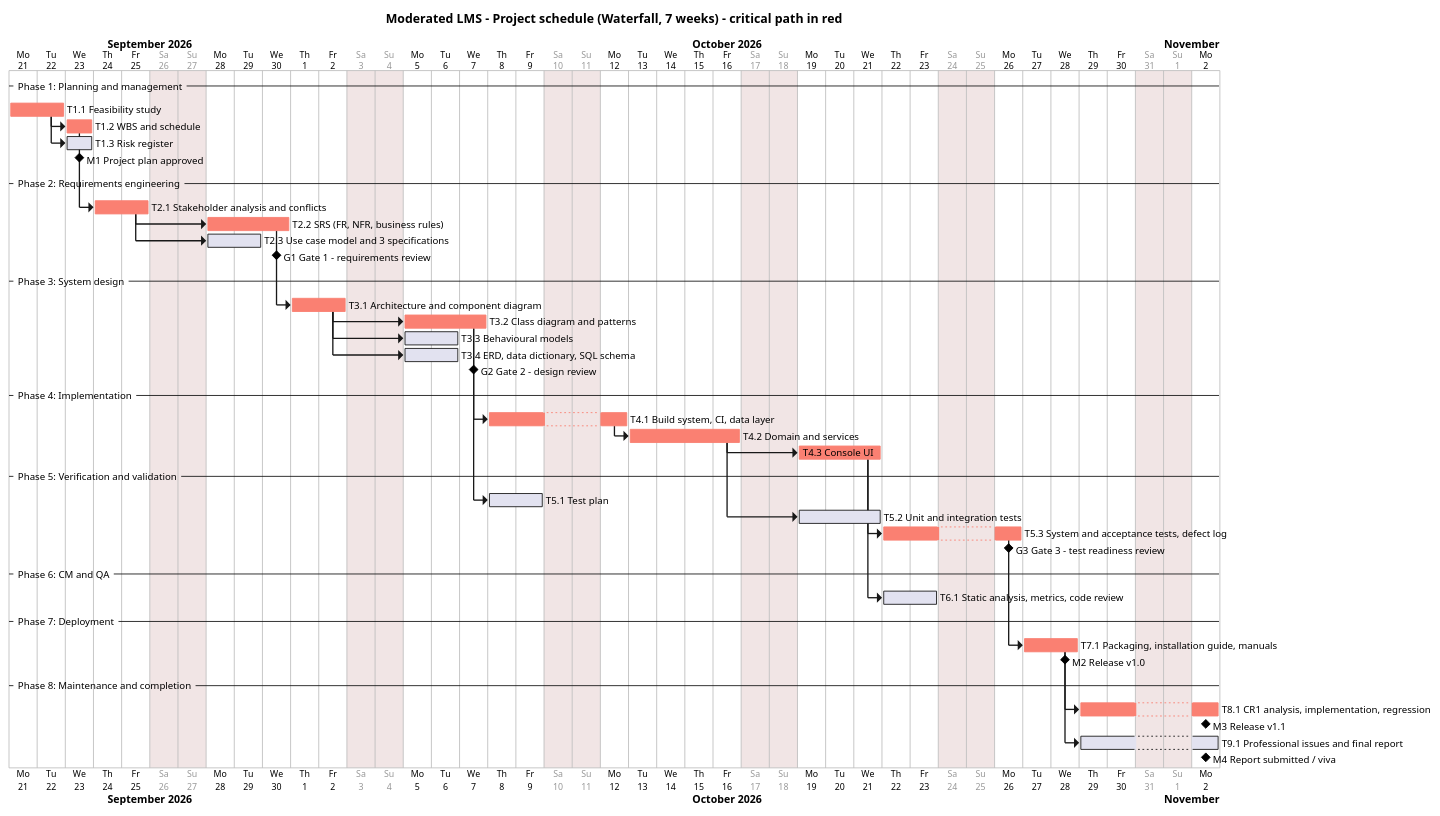
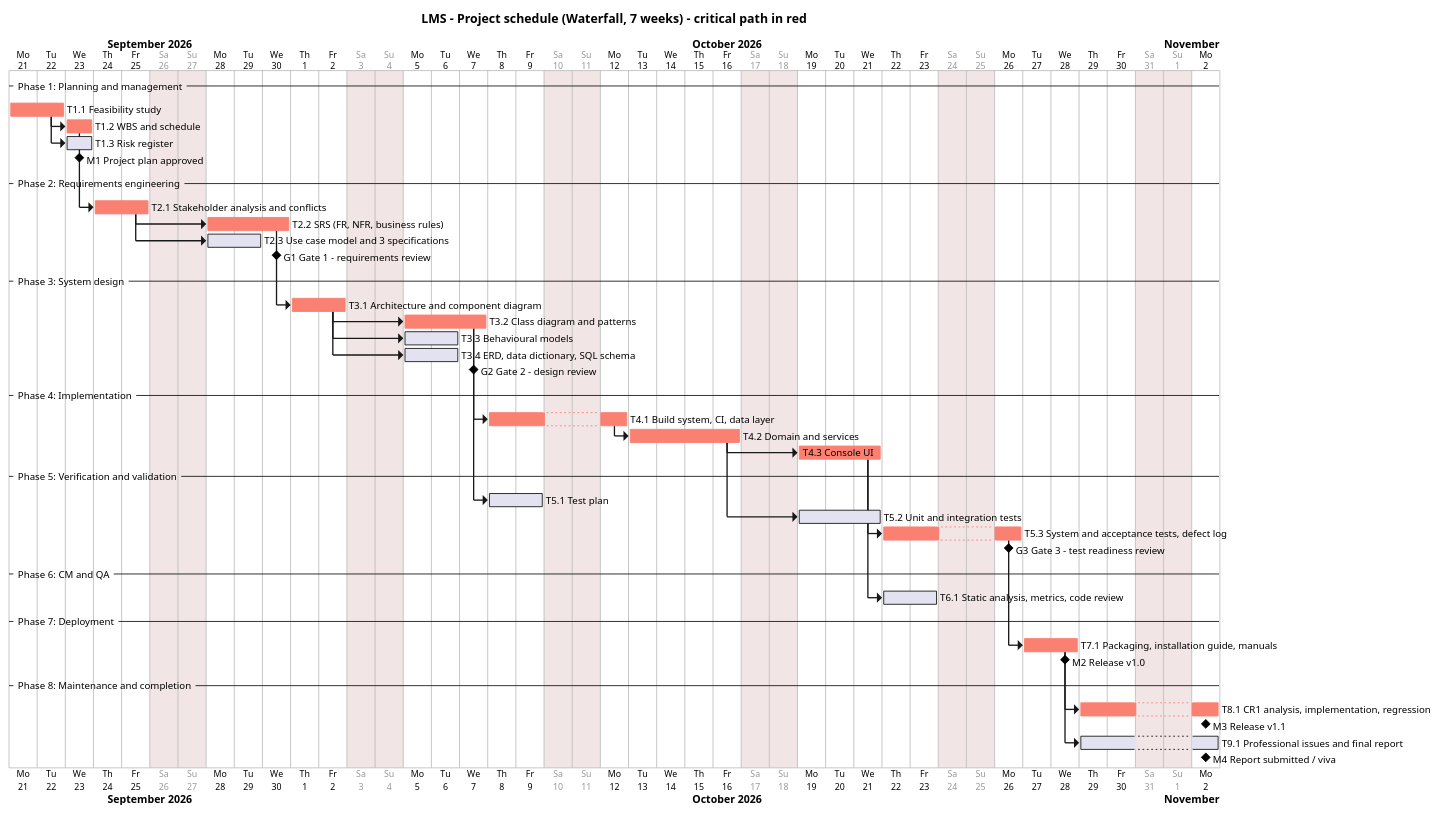
One commit to victormonyekem02-sudo/Edu-Management-System changed the diagram in docs/diagrams/gantt.puml. Above: the diagram before and after it, drawn with PlantUML. The commit also changed 33 other files, not shown here.

```diff
--- a/docs/diagrams/gantt.puml
+++ b/docs/diagrams/gantt.puml
@@ -1,82 +1,82 @@
 @startgantt gantt
-title Moderated LMS - Project schedule (Waterfall, 7 weeks) - critical path in red
+title LMS - Project schedule (Waterfall, 7 weeks) - critical path in red
 printscale daily zoom 2
 Project starts 2026-09-21
 saturday are closed
 sunday are closed
 
 -- Phase 1: Planning and management --
 [T1.1 Feasibility study] as [FS] lasts 2 days
 [T1.2 WBS and schedule] as [WBS] lasts 1 day
 [WBS] starts at [FS]'s end
 [T1.3 Risk register] as [RISK] lasts 1 day
 [RISK] starts at [FS]'s end
 [M1 Project plan approved] happens at [WBS]'s end
 
 -- Phase 2: Requirements engineering --
 [T2.1 Stakeholder analysis and conflicts] as [SA] lasts 2 days
 [SA] starts at [WBS]'s end
 [T2.2 SRS (FR, NFR, business rules)] as [SRS] lasts 3 days
 [SRS] starts at [SA]'s end
 [T2.3 Use case model and 3 specifications] as [UC] lasts 2 days
 [UC] starts at [SA]'s end
 [G1 Gate 1 - requirements review] happens at [SRS]'s end
 
 -- Phase 3: System design --
 [T3.1 Architecture and component diagram] as [ARCH] lasts 2 days
 [ARCH] starts at [SRS]'s end
 [T3.2 Class diagram and patterns] as [CLS] lasts 3 days
 [CLS] starts at [ARCH]'s end
 [T3.3 Behavioural models] as [BEH] lasts 2 days
 [BEH] starts at [ARCH]'s end
 [T3.4 ERD, data dictionary, SQL schema] as [DBD] lasts 2 days
 [DBD] starts at [ARCH]'s end
 [G2 Gate 2 - design review] happens at [CLS]'s end
 
 -- Phase 4: Implementation --
 [T4.1 Build system, CI, data layer] as [IMP1] lasts 3 days
 [IMP1] starts at [CLS]'s end
 [T4.2 Domain and services] as [IMP2] lasts 4 days
 [IMP2] starts at [IMP1]'s end
 [T4.3 Console UI] as [IMP3] lasts 3 days
 [IMP3] starts at [IMP2]'s end
 
 -- Phase 5: Verification and validation --
 [T5.1 Test plan] as [TP] lasts 2 days
 [TP] starts at [CLS]'s end
 [T5.2 Unit and integration tests] as [UT] lasts 3 days
 [UT] starts at [IMP2]'s end
 [T5.3 System and acceptance tests, defect log] as [ST] lasts 3 days
 [ST] starts at [IMP3]'s end
 [G3 Gate 3 - test readiness review] happens at [ST]'s end
 
 -- Phase 6: CM and QA --
 [T6.1 Static analysis, metrics, code review] as [QA] lasts 2 days
 [QA] starts at [IMP3]'s end
 
 -- Phase 7: Deployment --
 [T7.1 Packaging, installation guide, manuals] as [DEP] lasts 2 days
 [DEP] starts at [ST]'s end
 [M2 Release v1.0] happens at [DEP]'s end
 
 -- Phase 8: Maintenance and completion --
 [T8.1 CR1 analysis, implementation, regression] as [CR1] lasts 3 days
 [CR1] starts at [DEP]'s end
 [M3 Release v1.1] happens at [CR1]'s end
 [T9.1 Professional issues and final report] as [REP] lasts 3 days
 [REP] starts at [DEP]'s end
 [M4 Report submitted / viva] happens at [REP]'s end
 
 [FS] is colored in Salmon
 [WBS] is colored in Salmon
 [SA] is colored in Salmon
 [SRS] is colored in Salmon
 [ARCH] is colored in Salmon
 [CLS] is colored in Salmon
 [IMP1] is colored in Salmon
 [IMP2] is colored in Salmon
 [IMP3] is colored in Salmon
 [ST] is colored in Salmon
 [DEP] is colored in Salmon
 [CR1] is colored in Salmon
 @endgantt
```
